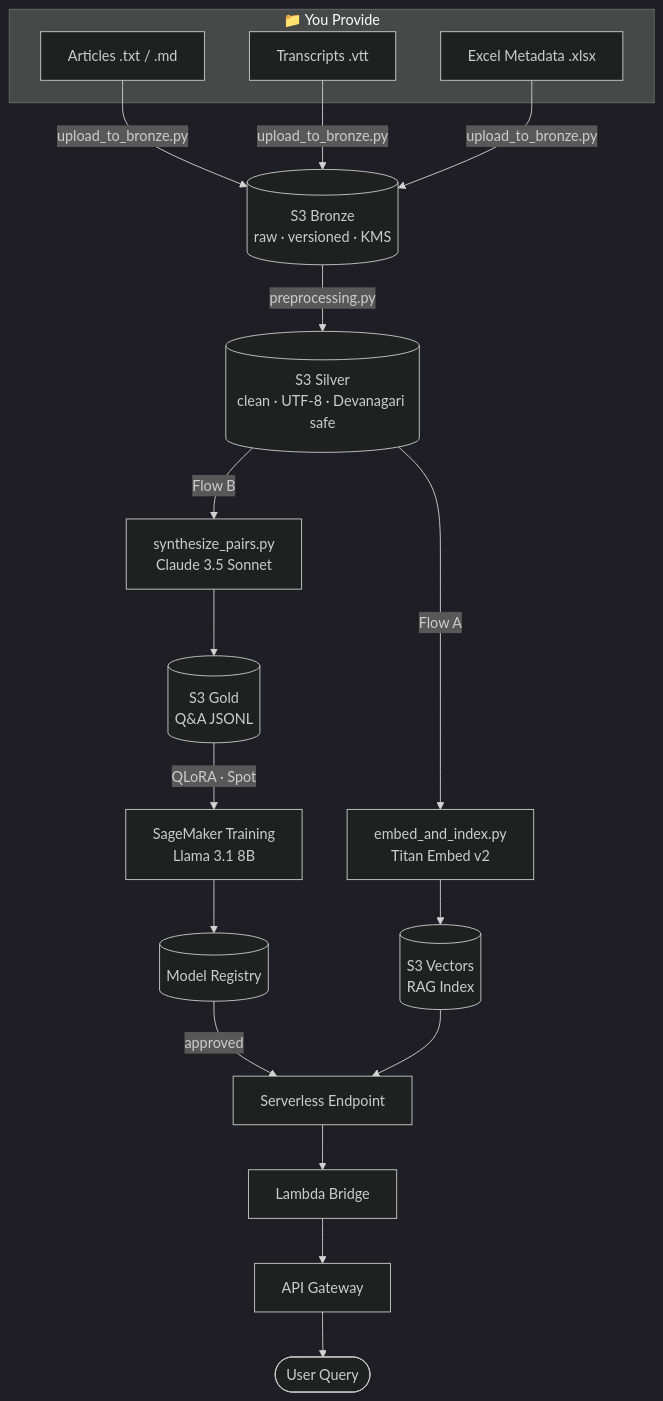
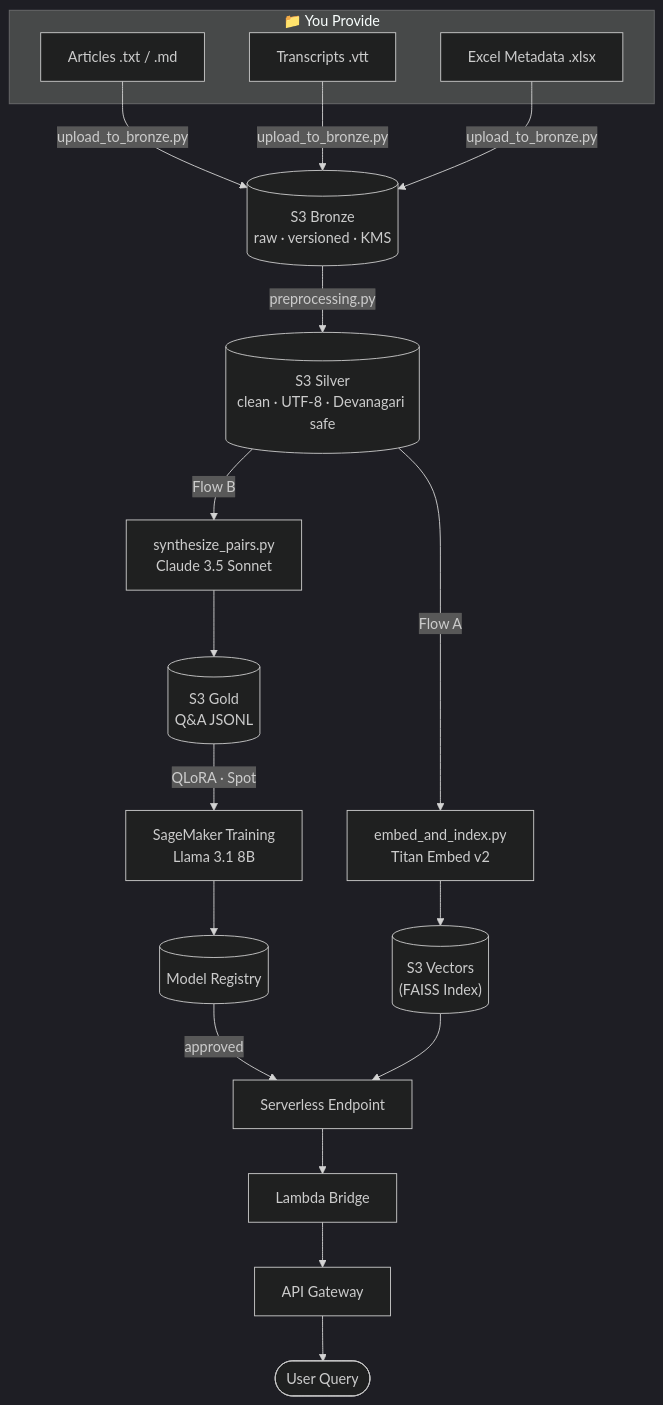
Before and after one commit to ashishv-82/sagemaker-project-chitrakatha: the first of 2 diagrams in README.md, drawn with Mermaid (dark theme). The commit also changed other lines of this file and 3 other files, not shown here.

````diff
--- a/README.md
+++ b/README.md
@@ -27,26 +27,26 @@
 ```mermaid
 flowchart TD
     subgraph YOU[" 📁 You Provide"]
         A1[Articles .txt / .md]
         A2[Transcripts .vtt]
         A3[Excel Metadata .xlsx]
     end
 
     A1 & A2 & A3 -->|upload_to_bronze.py| B[("S3 Bronze<br/>raw · versioned · KMS")]
     B -->|preprocessing.py| C[("S3 Silver<br/>clean · UTF-8 · Devanagari safe")]
 
     C -->|Flow A| D["embed_and_index.py<br/>Titan Embed v2"]
     C -->|Flow B| E["synthesize_pairs.py<br/>Claude 3.5 Sonnet"]
 
-    D --> F[("S3 Vectors<br/>RAG Index")]
+    D --> F[("S3 Vectors<br/>(FAISS Index)")]
     E --> G[("S3 Gold<br/>Q&A JSONL")]
 
     G -->|"QLoRA · Spot"| H["SageMaker Training<br/>Llama 3.1 8B"]
     H --> I[(Model Registry)]
     I -->|approved| J[Serverless Endpoint]
 
     F --> J
     J --> K[Lambda Bridge]
     K --> L[API Gateway]
     L --> M([User Query])
 ```
````
